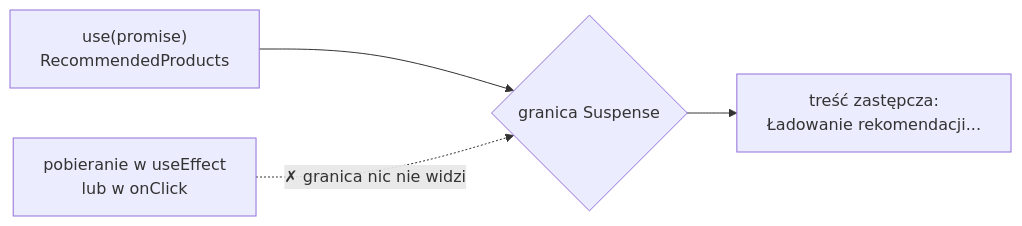
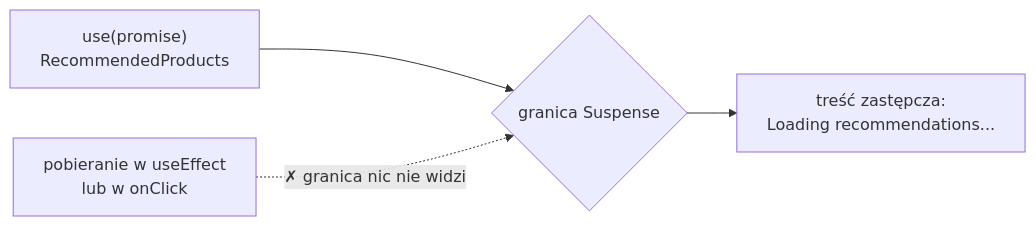
Before and after one commit to mmiotk/frontend-development-ug: the diagram in lecture04/slides/slide_08_use-i-suspense.md, drawn with Mermaid. The commit also changed other lines of this file and 127 other files, not shown here.

````diff
--- a/lecture04/slides/slide_08_use-i-suspense.md
+++ b/lecture04/slides/slide_08_use-i-suspense.md
@@ -124,7 +124,7 @@
 ```mermaid
 %%{init: {"flowchart": {"wrappingWidth": 360}}}%%
 flowchart LR
     U["use(promise)<br/>RecommendedProducts"] --> S{"granica Suspense"}
-    S --> FB["treść zastępcza:<br/>Ładowanie rekomendacji..."]
+    S --> FB["treść zastępcza:<br/>Loading recommendations..."]
     E["pobieranie w useEffect<br/>lub w onClick"] -. "✗ granica nic nie widzi" .-> S
 ```
````
